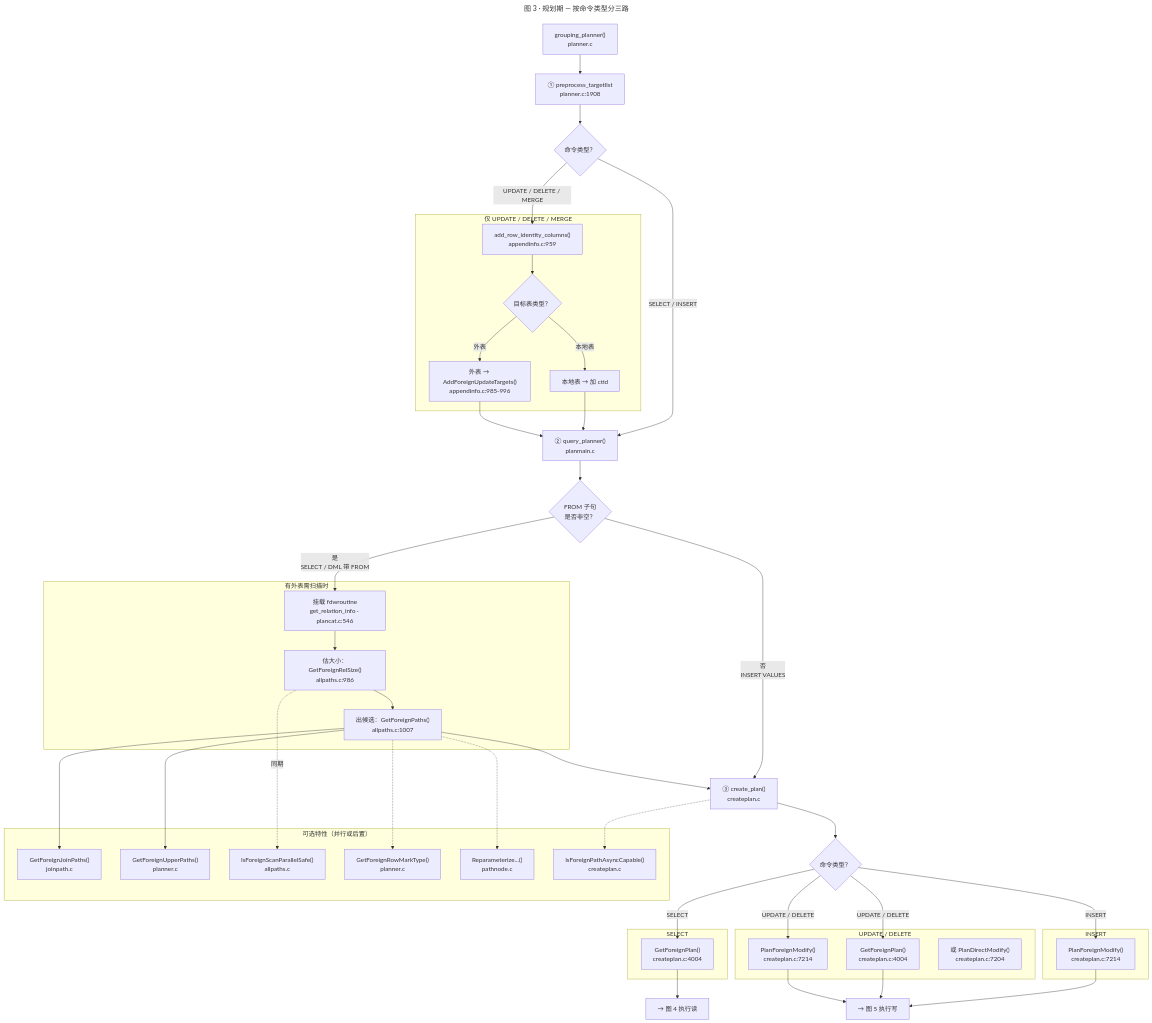
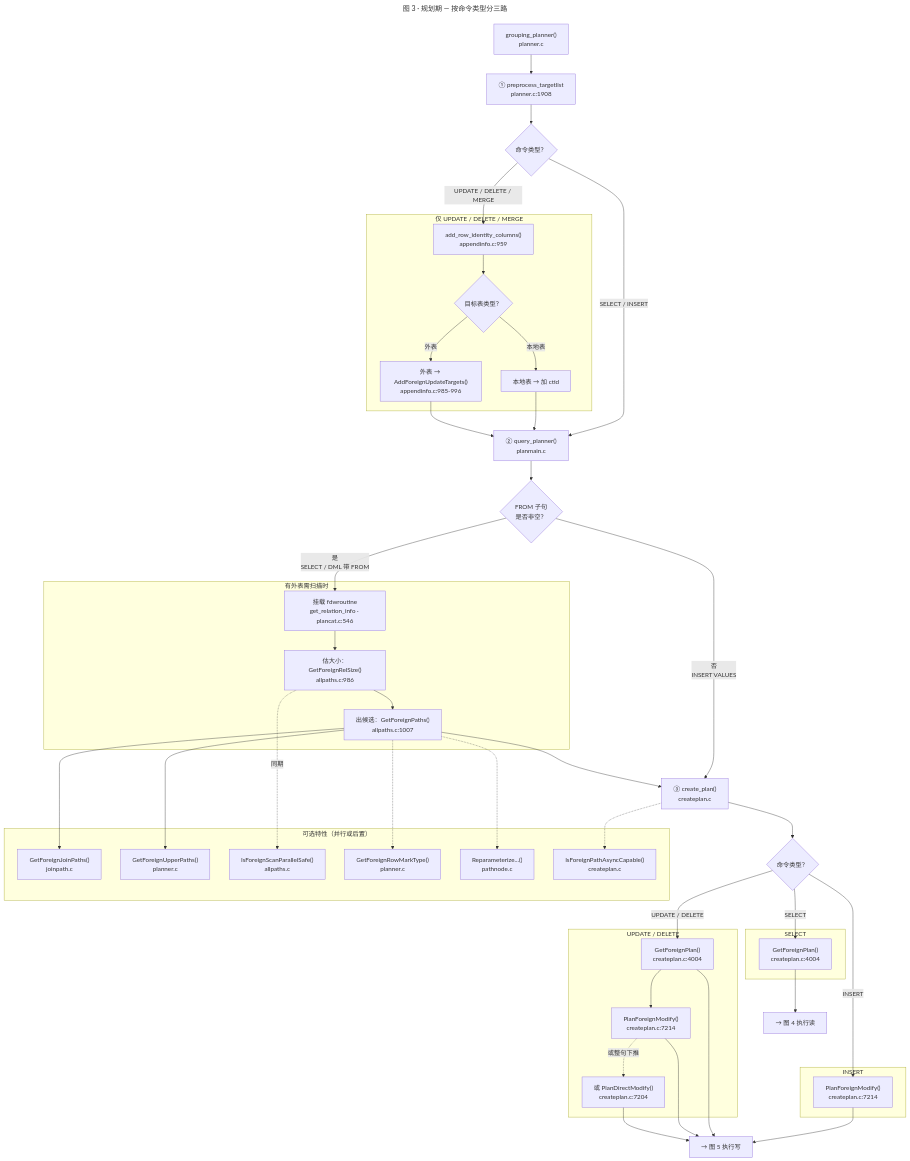
The fourth of 9 diagrams in database/postgres/fdw/fdw_callback_roadmap.md (Meta11ic0/fluffynotes), drawn with Mermaid before and after one commit. The commit also changed other lines of this file and 10 other files, not shown here.

````diff
--- a/database/postgres/fdw/fdw_callback_roadmap.md
+++ b/database/postgres/fdw/fdw_callback_roadmap.md
@@ -184,79 +177,82 @@
 ```mermaid
 ---
 title: 图 3 · 规划期 — 按命令类型分三路
 ---
 flowchart TD
   GP["grouping_planner()<br/>planner.c"]
 
   GP --> PT["① preprocess_targetlist<br/>planner.c:1908"]
   PT --> CMD1{"命令类型？"}
 
   subgraph junk ["仅 UPDATE / DELETE / MERGE"]
     AIC["add_row_identity_columns()<br/>appendinfo.c:959"]
     RK{"目标表类型？"}
     CT["本地表 → 加 ctid"]
     AT["外表 → AddForeignUpdateTargets()<br/>appendinfo.c:985-996"]
     AIC --> RK
     RK -->|"本地表"| CT
     RK -->|"外表"| AT
   end
 
   CMD1 -->|"UPDATE / DELETE / MERGE"| AIC
   CMD1 -->|"SELECT / INSERT"| QP
   CT --> QP
   AT --> QP
 
   QP["② query_planner()<br/>planmain.c"]
   QP --> FE{"FROM 子句<br/>是否非空？"}
 
   subgraph scan ["有外表需扫描时"]
     BIND["挂载 fdwroutine<br/>get_relation_info · plancat.c:546"]
     S1["估大小：GetForeignRelSize()<br/>allpaths.c:986"]
     S2["出候选：GetForeignPaths()<br/>allpaths.c:1007"]
     BIND --> S1 --> S2
   end
 
   FE -->|"是<br/>SELECT / DML 带 FROM"| BIND
   FE -->|"否<br/>INSERT VALUES"| CP
 
   S2 --> CP
 
   subgraph OPT ["可选特性（并行或后置）"]
     OJ["GetForeignJoinPaths()<br/>joinpath.c"]
     OU["GetForeignUpperPaths()<br/>planner.c"]
     OP["IsForeignScanParallelSafe()<br/>allpaths.c"]
     ORM["GetForeignRowMarkType()<br/>planner.c"]
     ORP["Reparameterize...()<br/>pathnode.c"]
     OAS["IsForeignPathAsyncCapable()<br/>createplan.c"]
   end
 
   S1 -.->|同期| OP
   S2 --> OJ & OU
   S2 -.-> ORM & ORP
 
   CP["③ create_plan()<br/>createplan.c"]
   CP --> CMD2{"命令类型？"}
 
   subgraph s ["SELECT"]
     GPS["GetForeignPlan()<br/>createplan.c:4004"]
   end
   subgraph i ["INSERT"]
     PMI["PlanForeignModify()<br/>createplan.c:7214"]
   end
   subgraph ud ["UPDATE / DELETE"]
     GPU["GetForeignPlan()<br/>createplan.c:4004"]
     PMU["PlanForeignModify()<br/>createplan.c:7214"]
     PD["或 PlanDirectModify()<br/>createplan.c:7204"]
   end
 
   CMD2 -->|"SELECT"| GPS
   CMD2 -->|"INSERT"| PMI
-  CMD2 -->|"UPDATE / DELETE"| GPU & PMU
+  CMD2 -->|"UPDATE / DELETE"| GPU
+  GPU --> PMU
+  PMU -.->|"或整句下推"| PD
 
   GPS --> OUT_R["→ 图 4 执行读"]
   PMI --> OUT_W["→ 图 5 执行写"]
   GPU --> OUT_W
   PMU --> OUT_W
+  PD --> OUT_W
 
   CP -.-> OAS
 ```
````
